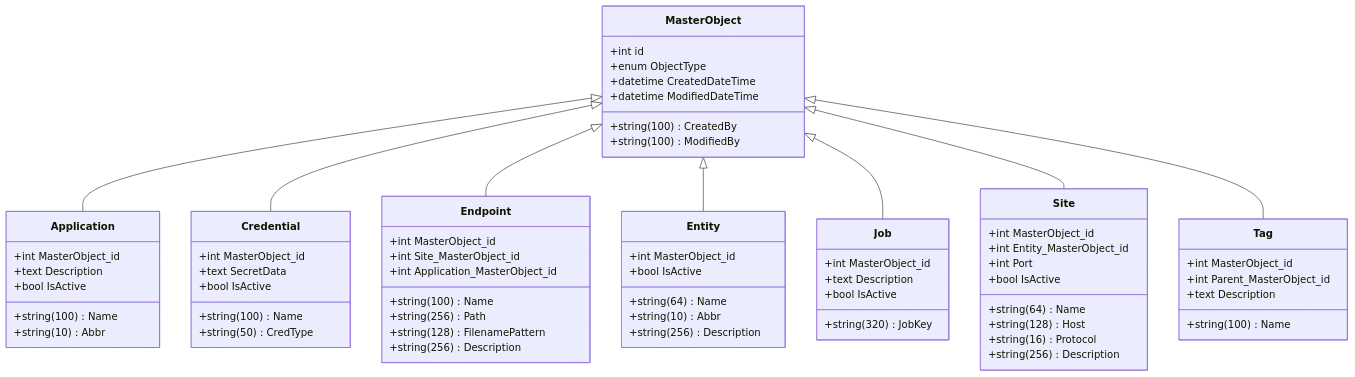
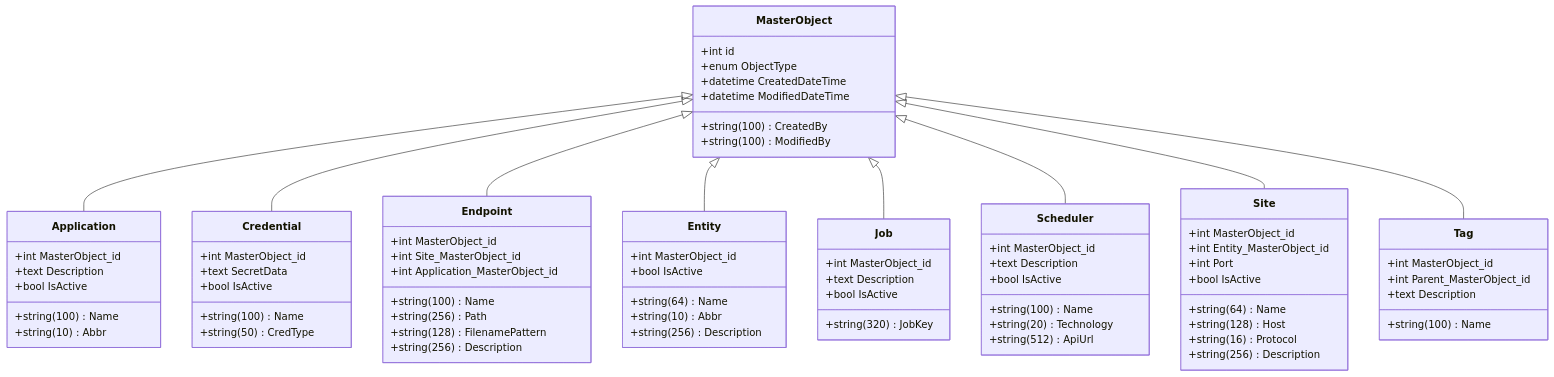
The first of 3 diagrams in docs/PYTHON_MODEL.md (JayCBoal/AutomationApp), drawn with Mermaid before and after one commit. The commit also changed other lines of this file and 36 other files, not shown here.

````diff
--- a/docs/PYTHON_MODEL.md
+++ b/docs/PYTHON_MODEL.md
@@ -11,71 +11,80 @@
 ```mermaid
 classDiagram
     direction TB
     class MasterObject {
         +int id
         +enum ObjectType
         +datetime CreatedDateTime
         +string(100) CreatedBy
         +datetime ModifiedDateTime
         +string(100) ModifiedBy
     }
     class Application {
         +int MasterObject_id
         +string(100) Name
         +string(10) Abbr
         +text Description
         +bool IsActive
     }
     MasterObject <|-- Application
     class Credential {
         +int MasterObject_id
         +string(100) Name
         +string(50) CredType
         +text SecretData
         +bool IsActive
     }
     MasterObject <|-- Credential
     class Endpoint {
         +int MasterObject_id
         +string(100) Name
         +int Site_MasterObject_id
         +int Application_MasterObject_id
         +string(256) Path
         +string(128) FilenamePattern
         +string(256) Description
     }
     MasterObject <|-- Endpoint
     class Entity {
         +int MasterObject_id
         +string(64) Name
         +string(10) Abbr
         +string(256) Description
         +bool IsActive
     }
     MasterObject <|-- Entity
     class Job {
         +int MasterObject_id
         +string(320) JobKey
         +text Description
         +bool IsActive
     }
     MasterObject <|-- Job
+    class Scheduler {
+        +int MasterObject_id
+        +string(100) Name
+        +string(20) Technology
+        +string(512) ApiUrl
+        +text Description
+        +bool IsActive
+    }
+    MasterObject <|-- Scheduler
     class Site {
         +int MasterObject_id
         +int Entity_MasterObject_id
         +string(64) Name
         +string(128) Host
         +int Port
         +string(16) Protocol
         +string(256) Description
         +bool IsActive
     }
     MasterObject <|-- Site
     class Tag {
         +int MasterObject_id
         +int Parent_MasterObject_id
         +string(100) Name
         +text Description
     }
     MasterObject <|-- Tag
 ```
````
